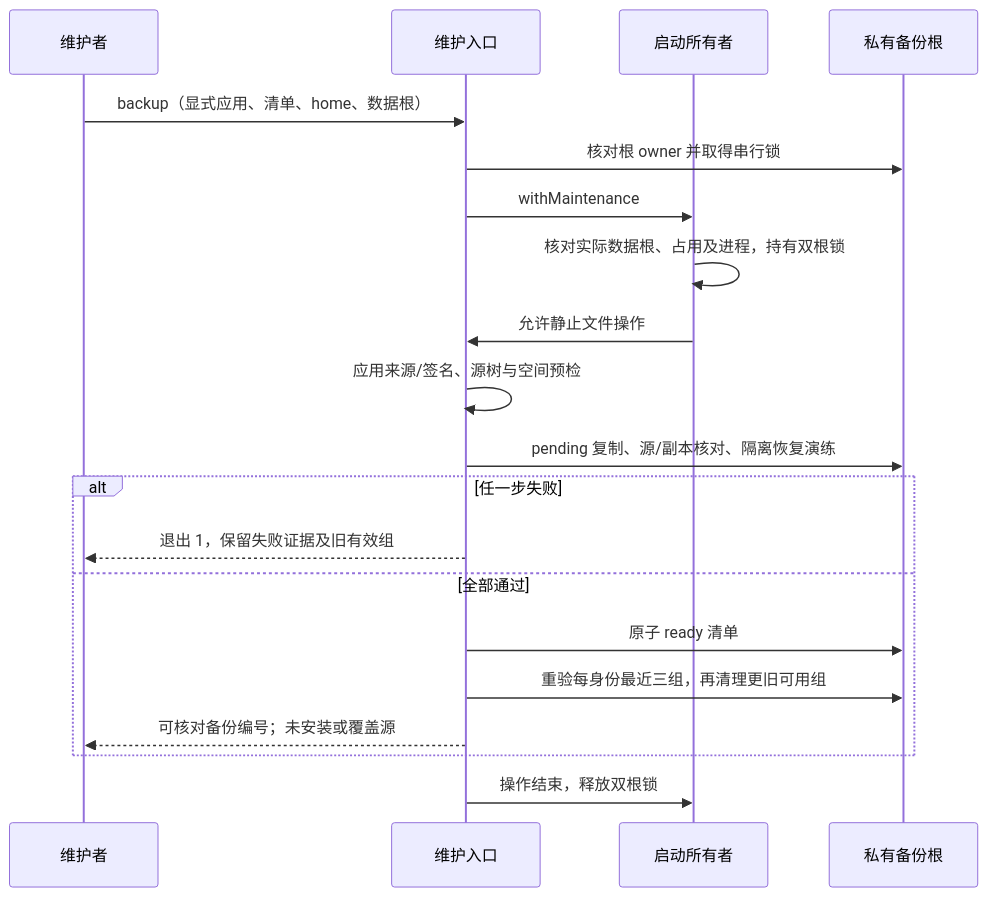
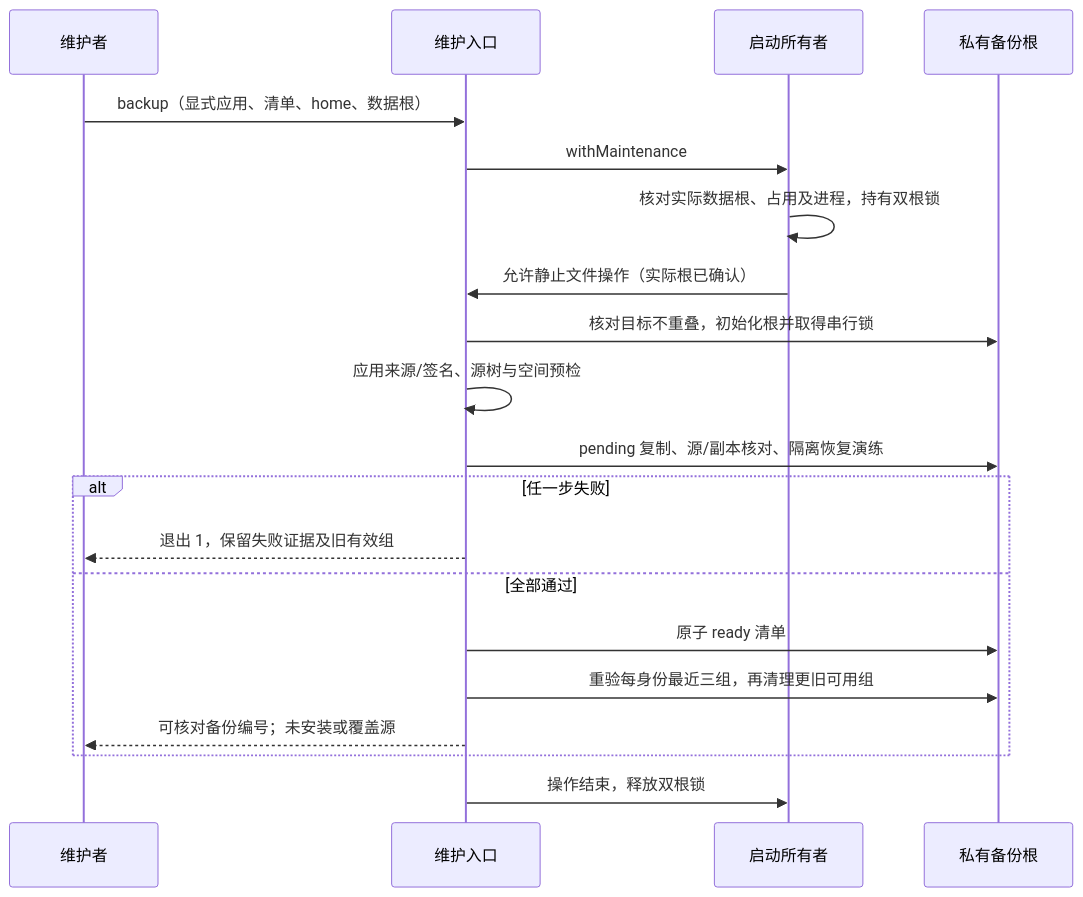
One commit to dengdz/ZCode changed the diagram in docs/issues/zcode-local/15-backup-retention.md. Above: the diagram before and after it, drawn with Mermaid. The commit also changed other lines of this file and 5 other files, not shown here.

````diff
--- a/docs/issues/zcode-local/15-backup-retention.md
+++ b/docs/issues/zcode-local/15-backup-retention.md
@@ -48,22 +48,22 @@
 ```mermaid
 sequenceDiagram
     participant U as 维护者
     participant M as 维护入口
     participant L as 启动所有者
     participant B as 私有备份根
     U->>M: backup（显式应用、清单、home、数据根）
-    M->>B: 核对根 owner 并取得串行锁
     M->>L: withMaintenance
     L->>L: 核对实际数据根、占用及进程，持有双根锁
-    L->>M: 允许静止文件操作
+    L->>M: 允许静止文件操作（实际根已确认）
+    M->>B: 核对目标不重叠，初始化根并取得串行锁
     M->>M: 应用来源/签名、源树与空间预检
     M->>B: pending 复制、源/副本核对、隔离恢复演练
     alt 任一步失败
         M-->>U: 退出 1，保留失败证据及旧有效组
     else 全部通过
         M->>B: 原子 ready 清单
         M->>B: 重验每身份最近三组，再清理更旧可用组
         M-->>U: 可核对备份编号；未安装或覆盖源
     end
     M->>L: 操作结束，释放双根锁
 ```
````
